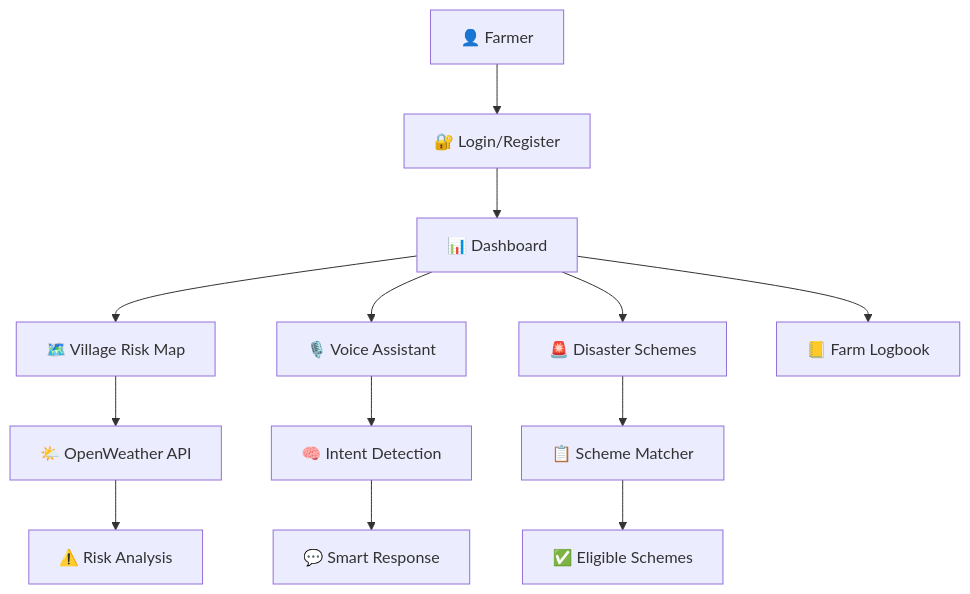
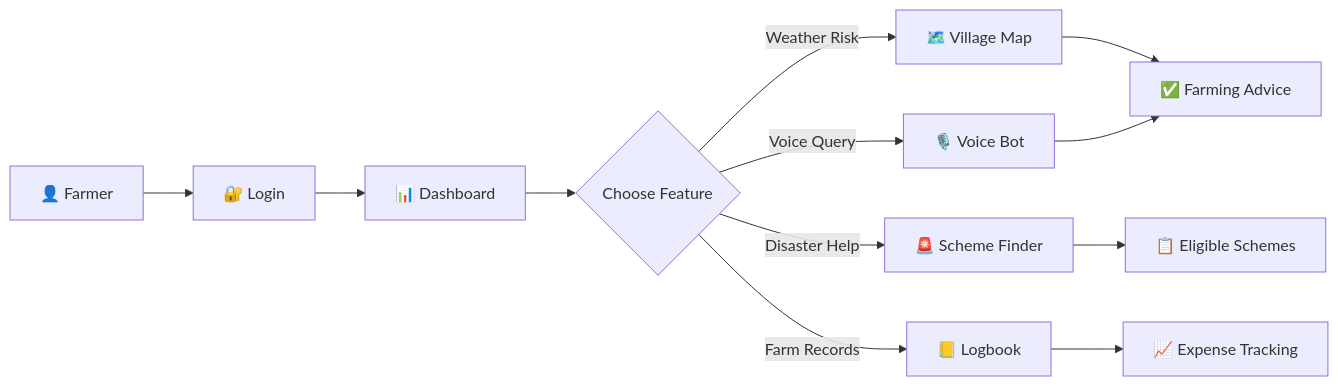
The second of 5 diagrams in README.md (dharanishvijayakumar7-lgtm/cropPilot), drawn with Mermaid before and after one commit. The commit also changed other lines of this file, not shown here.

````diff
--- a/README.md
+++ b/README.md
@@ -75,17 +152,14 @@
 ```mermaid
-flowchart TB
-    A[👤 Farmer] --> B[🔐 Login/Register]
+flowchart LR
+    A[👤 Farmer] --> B[🔐 Login]
     B --> C[📊 Dashboard]
-    C --> D[🗺️ Village Risk Map]
-    C --> E[🎙️ Voice Assistant]
-    C --> F[🚨 Disaster Schemes]
-    C --> G[📒 Farm Logbook]
-    
-    D --> H[🌤️ OpenWeather API]
-    E --> I[🧠 Intent Detection]
-    F --> J[📋 Scheme Matcher]
-    
-    H --> K[⚠️ Risk Analysis]
-    I --> L[💬 Smart Response]
-    J --> M[✅ Eligible Schemes]
+    C --> D{Choose Feature}
+    D -->|Weather Risk| E[🗺️ Village Map]
+    D -->|Voice Query| F[🎙️ Voice Bot]
+    D -->|Disaster Help| G[🚨 Scheme Finder]
+    D -->|Farm Records| H[📒 Logbook]
+    E --> I[✅ Farming Advice]
+    F --> I
+    G --> J[📋 Eligible Schemes]
+    H --> K[📈 Expense Tracking]
 ```
````
